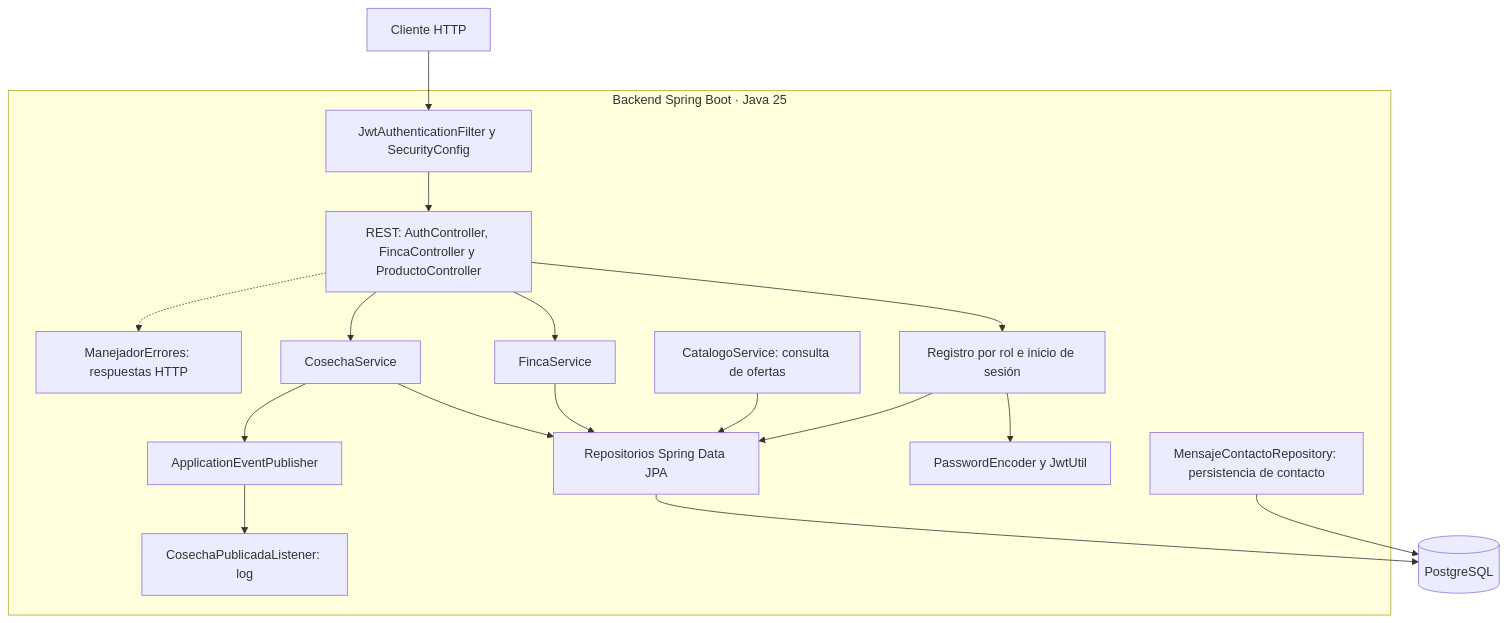
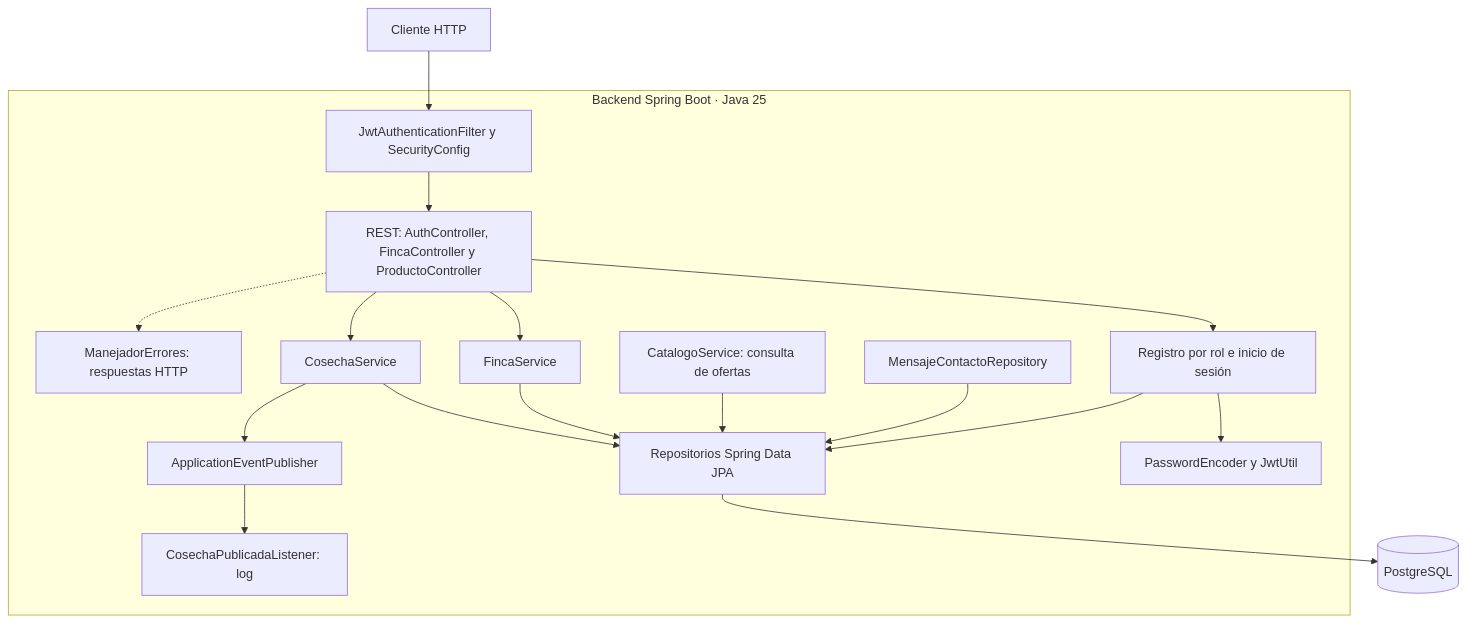
Before and after one commit to Angel-uniajc/AgrovalleConnect: the fourth of 4 diagrams in docs/architecture/diagramas-uml.md, drawn with Mermaid. The commit also changed other lines of this file, not shown here.

````diff
--- a/docs/architecture/diagramas-uml.md
+++ b/docs/architecture/diagramas-uml.md
@@ -116,21 +133,20 @@
 ```mermaid
 flowchart TB
     Cliente["Cliente HTTP"] --> Seguridad["JwtAuthenticationFilter y SecurityConfig"]
     subgraph Backend["Backend Spring Boot · Java 25"]
         Seguridad --> Controladores["REST: AuthController, FincaController y ProductoController"]
         Controladores --> Auth["Registro por rol e inicio de sesión"]
         Controladores --> Fincas["FincaService"]
         Controladores --> Cosechas["CosechaService"]
         Auth --> Credenciales["PasswordEncoder y JwtUtil"]
         Auth --> JPA["Repositorios Spring Data JPA"]
         Fincas --> JPA
         Cosechas --> JPA
         Cosechas --> Eventos["ApplicationEventPublisher"]
         Eventos --> Observer["CosechaPublicadaListener: log"]
         Catalogo["CatalogoService: consulta de ofertas"] --> JPA
-        Contacto["MensajeContactoRepository: persistencia de contacto"]
+        Contacto["MensajeContactoRepository"] --> JPA
         Controladores -.-> Errores["ManejadorErrores: respuestas HTTP"]
     end
     JPA --> DB[("PostgreSQL")]
-    Contacto --> DB
 ```
````
